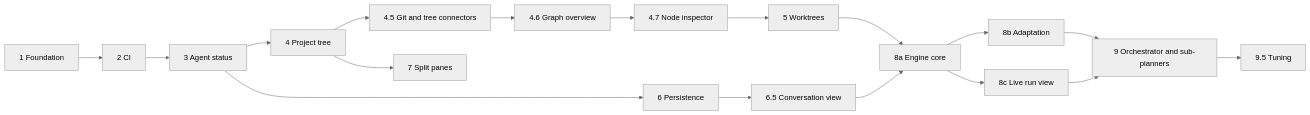
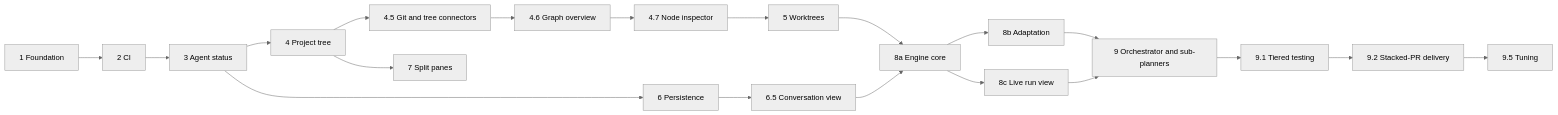
The diagram in docs/ROADMAP.md (danielpina1/anthrex), drawn with Mermaid (neutral theme) before and after one commit. The commit also changed other lines of this file and 1 other file, not shown here.

Commit message:
docs: add the tiered-testing, stacked-PR delivery and worker-messaging design (milestones 9, 9.1, 9.2)

````diff
--- a/docs/ROADMAP.md
+++ b/docs/ROADMAP.md
@@ -53,20 +56,22 @@
 ```mermaid
 flowchart LR
   M1[1 Foundation] --> M2[2 CI]
   M2 --> M3[3 Agent status]
   M3 --> M4[4 Project tree]
   M4 --> M45[4.5 Git and tree connectors]
   M45 --> M46[4.6 Graph overview]
   M46 --> M47[4.7 Node inspector]
   M47 --> M5[5 Worktrees]
   M3 --> M6[6 Persistence]
   M4 --> M7[7 Split panes]
   M5 --> M8a[8a Engine core]
   M6 --> M65[6.5 Conversation view]
   M65 --> M8a
   M8a --> M8b[8b Adaptation]
   M8a --> M8c[8c Live run view]
   M8b --> M9[9 Orchestrator and sub-planners]
   M8c --> M9
-  M9 --> M95[9.5 Tuning]
+  M9 --> M91[9.1 Tiered testing]
+  M91 --> M92[9.2 Stacked-PR delivery]
+  M92 --> M95[9.5 Tuning]
 ```
````
